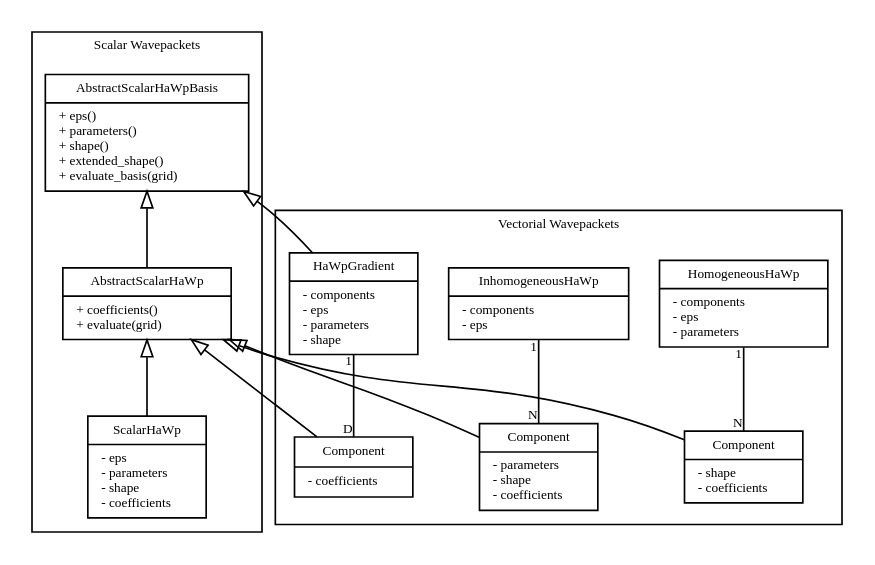
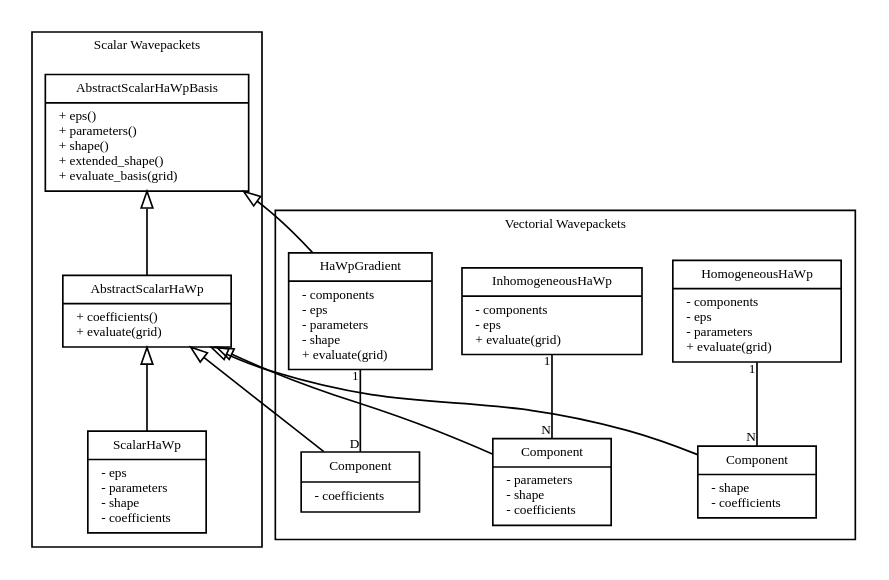
One commit to WaveBlocks/libwaveblocks changed the diagram in doc/hawp_inheritance.dot. Above: the diagram before and after it, drawn with Graphviz. The commit also changed 2 other files, not shown here.

```diff
--- a/doc/hawp_inheritance.dot
+++ b/doc/hawp_inheritance.dot
@@ -1,104 +1,104 @@
 digraph HaWpInheritance {
     fontname = "Bitstream Vera Sans"
     fontsize = 8
 
     node [
         fontname = "Bitstream Vera Sans"
         fontsize = 8
         shape = "record"
     ]
 
     edge [
         fontname = "Bitstream Vera Sans"
         fontsize = 8
         
     ]
     
     subgraph clusterScalarWavepackets {
         label = "Scalar Wavepackets"
         
         AbstractScalarHaWpBasis [
             label = "{AbstractScalarHaWpBasis|+ eps() \l+ parameters() \l+ shape() \l+ extended_shape() \l+ evaluate_basis(grid) \l}"
             group = groupMain
         ]
         
         AbstractScalarHaWp [
             label = "{AbstractScalarHaWp|+ coefficients() \l+ evaluate(grid) \l}"
             group = groupMain
         ]
         
         ScalarHaWp [
             label = "{ScalarHaWp|- eps \l- parameters \l- shape \l- coefficients \l}"
             group = groupMain
         ]
         
         edge [
             arrowtail = "empty"
         ]
         
         AbstractScalarHaWpBasis -> AbstractScalarHaWp [dir="back"]
         AbstractScalarHaWp -> ScalarHaWp [dir="back"]
     }
     
     subgraph clusterVectorialWavepackets {
         label = "Vectorial Wavepackets"
         
         HomogeneousHaWp__Component [
             label = "{Component|- shape \l- coefficients \l}"
             group = groupHomogeneousHaWp
         ]
         
         HomogeneousHaWp [
-            label = "{HomogeneousHaWp|- components \l- eps \l- parameters \l}"
+            label = "{HomogeneousHaWp|- components \l- eps \l- parameters \l+ evaluate(grid) \l}"
             group = groupHomogeneousHaWp
         ]
         
         
         InhomogeneousHaWp__Component [
             label = "{Component|- parameters \l- shape\l- coefficients \l}"
             group = groupInhomogeneousHaWp
         ]
         
         InhomogeneousHaWp [
-            label = "{InhomogeneousHaWp|- components \l- eps \l}"
+            label = "{InhomogeneousHaWp|- components \l- eps \l+ evaluate(grid) \l}"
             group = groupInhomogeneousHaWp
         ]
         
         
         HaWpGradient__Component [
             label = "{Component|- coefficients \l}"
             group = groupHaWpGradient
         ]
         
         HaWpGradient [
-            label = "{HaWpGradient|- components \l- eps \l- parameters \l- shape \l}"
+            label = "{HaWpGradient|- components \l- eps \l- parameters \l- shape \l+ evaluate(grid) \l}"
             group = groupHaWpGradient
         ]
         
         edge [
             arrowtail = "none"
             headlabel = "N"
             taillabel = "1"
         ]
         
         HomogeneousHaWp -> HomogeneousHaWp__Component [dir="back"]
         InhomogeneousHaWp -> InhomogeneousHaWp__Component [dir="back"]
         
         edge [
             arrowtail = "none"
             headlabel = "D"
             taillabel = "1"
         ]
         
         HaWpGradient -> HaWpGradient__Component [dir="back"]
     }
     
     edge [
         arrowtail = "empty"
     ]
     
     AbstractScalarHaWpBasis -> HaWpGradient [dir="back"]
     AbstractScalarHaWp -> HomogeneousHaWp__Component [dir="back"]
     AbstractScalarHaWp -> InhomogeneousHaWp__Component [dir="back"]
     AbstractScalarHaWp -> HaWpGradient__Component  [dir="back"]
 }
```
